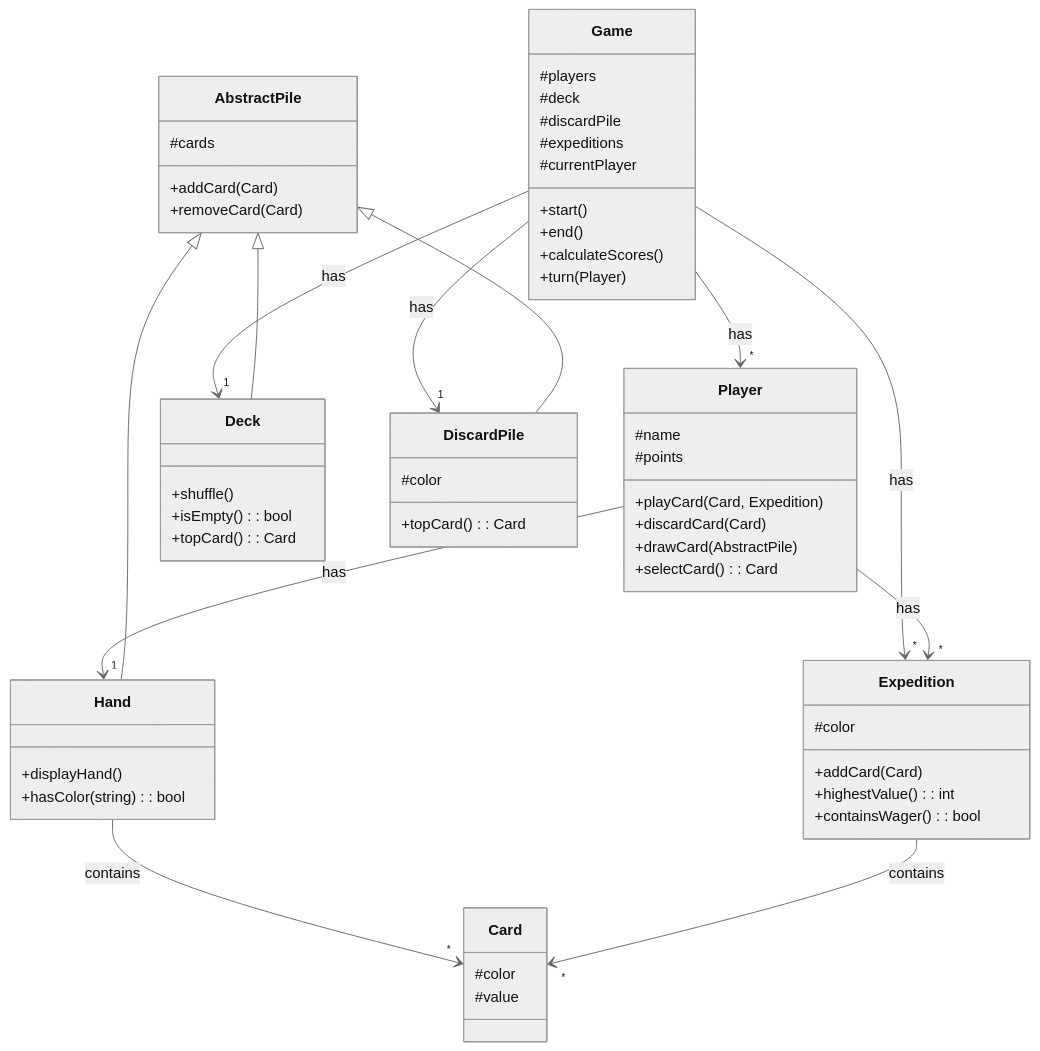
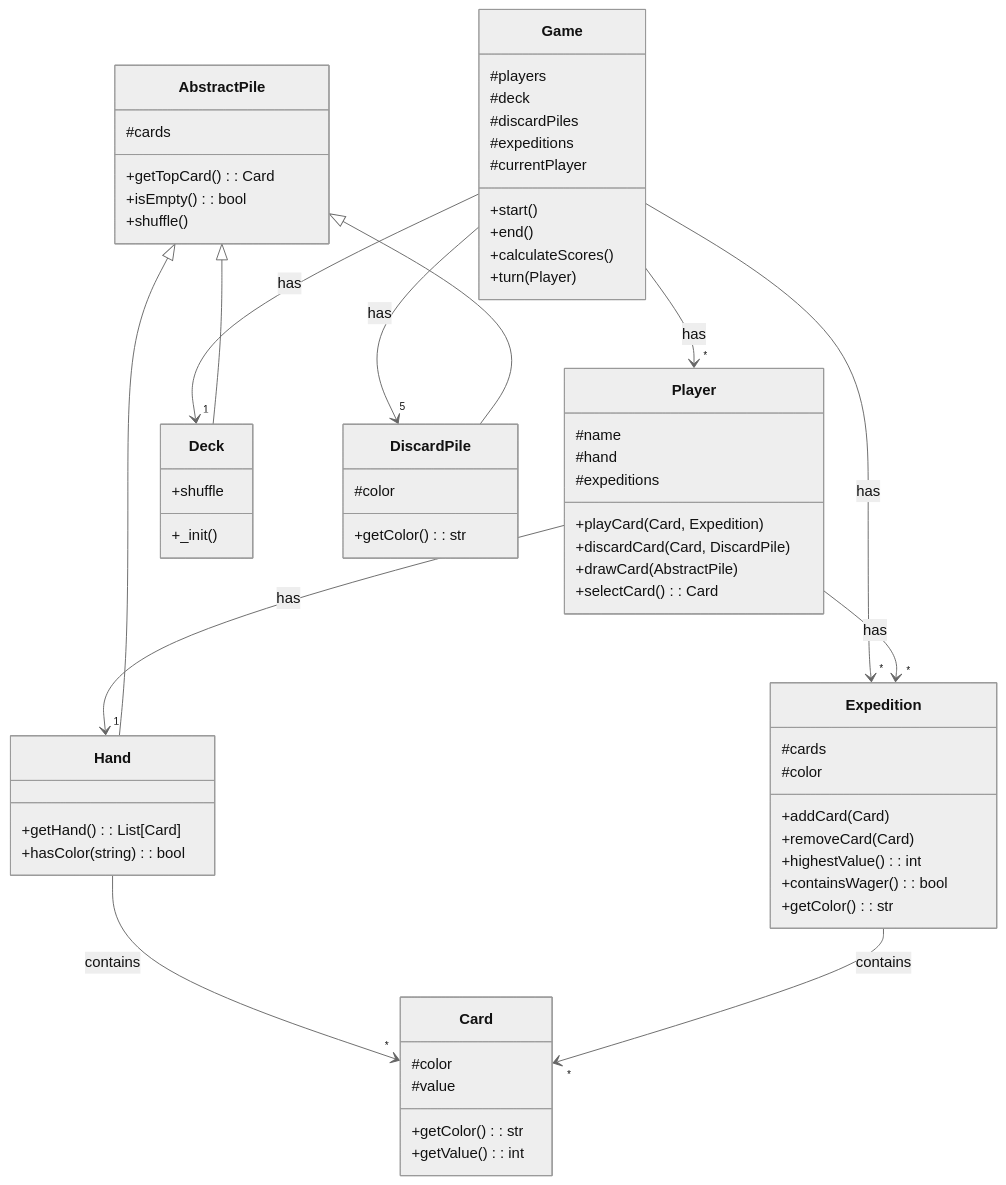
One commit to Uni-Sopron/szta-23-kebeleicsaba changed the diagram in docs/class_diagram/class_diagram.md. Above: the diagram before and after it, drawn with Mermaid (neutral theme). The commit also changed 2 other files, not shown here.

Commit message:
update AbstractPile logic

````diff
--- a/docs/class_diagram/class_diagram.md
+++ b/docs/class_diagram/class_diagram.md
@@ -1,62 +1,67 @@
 ```mermaid
 classDiagram
     Game --> "*" Player : has
     Game --> "1" Deck : has
-    Game --> "1" DiscardPile : has
+    Game --> "5" DiscardPile : has
     Game --> "*" Expedition : has
     Player --> "1" Hand : has
     Hand --> "*" Card : contains
     Player --> "*" Expedition : has
     Expedition --> "*" Card : contains
     AbstractPile <|-- Deck
     AbstractPile <|-- DiscardPile
     AbstractPile <|-- Hand
     class Game{
       #players
       #deck
-      #discardPile
+      #discardPiles
       #expeditions
       #currentPlayer
       +start()
       +end()
       +calculateScores()
       +turn(Player)
     }
     class Player{
       #name
-      #points
+      #hand
+      #expeditions
       +playCard(Card, Expedition)
-      +discardCard(Card)
+      +discardCard(Card, DiscardPile)
       +drawCard(AbstractPile)
       +selectCard() : Card
     }
     class AbstractPile{
       #cards
-      +addCard(Card)
-      +removeCard(Card)
+      +getTopCard() : Card
+      +isEmpty() : bool
+      +shuffle()
     }
     class Card{
       #color
       #value
+      +getColor() : str
+      +getValue() : int
     }
     class Deck{
-      +shuffle()
-      +isEmpty() : bool
-      +topCard() : Card
+      +_init()
+      +shuffle
     }
     class DiscardPile{
       #color
-      +topCard() : Card
+      +getColor() : str
     }
     class Hand{
-      +displayHand()
+      +getHand() : List[Card]
       +hasColor(string) : bool
     }
     class Expedition{
+      #cards
       #color
       +addCard(Card)
+      +removeCard(Card)
       +highestValue() : int
       +containsWager() : bool
+      +getColor() : str
     }
-
 ```
````
